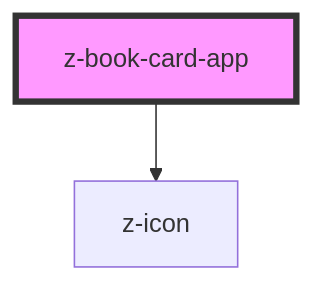
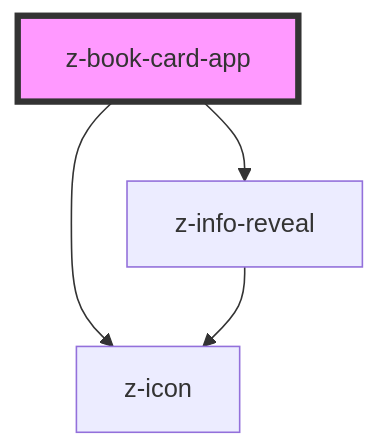
The diagram in src/components/z-book-card-app/readme.md (ZanichelliEditore/design-system), drawn with Mermaid before and after one commit. The commit also changed other lines of this file and 5 other files, not shown here.

````diff
--- a/src/components/z-book-card-app/readme.md
+++ b/src/components/z-book-card-app/readme.md
@@ -26,5 +27,7 @@
 ```mermaid
 graph TD;
+  z-book-card-app --> z-info-reveal
   z-book-card-app --> z-icon
+  z-info-reveal --> z-icon
   style z-book-card-app fill:#f9f,stroke:#333,stroke-width:4px
 ```
````
